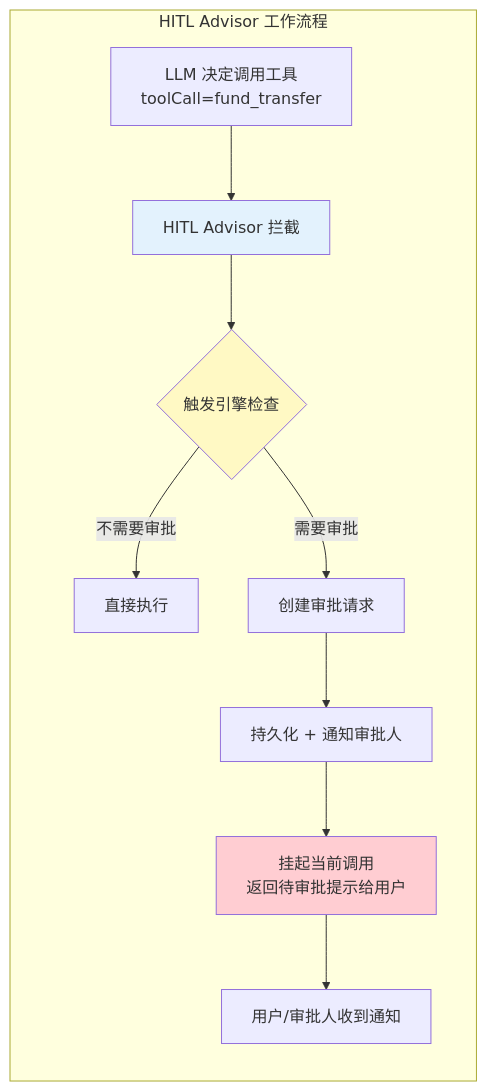
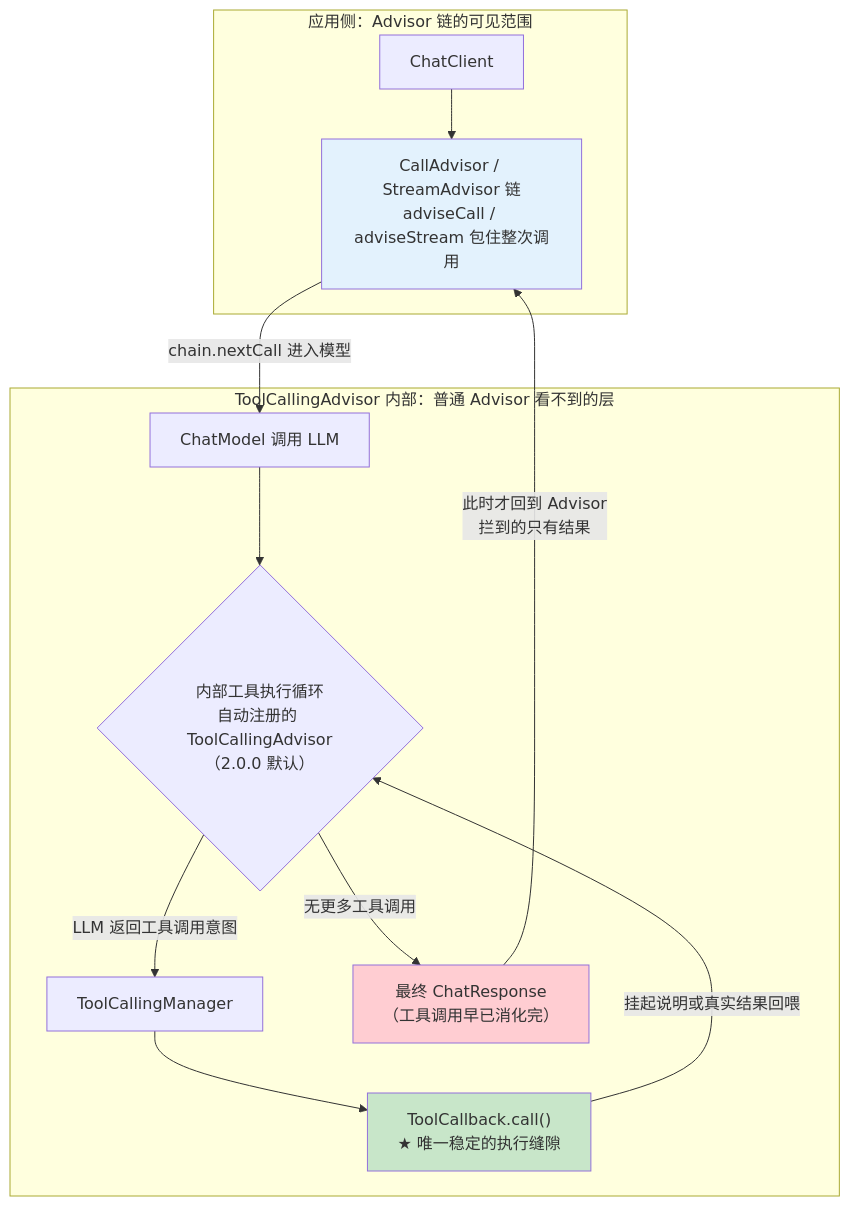
Before and after one commit to UranusGit/java-agent-learn: the third of 5 diagrams in docs/教程/28-Human-in-the-Loop与审批流.md, drawn with Mermaid. The commit also changed other lines of this file and 244 other files, not shown here.

````diff
--- a/docs/教程/28-Human-in-the-Loop与审批流.md
+++ b/docs/教程/28-Human-in-the-Loop与审批流.md
@@ -282,16 +280,25 @@
 ```mermaid
-graph LR
-    subgraph Advisor流程["HITL Advisor 工作流程"]
-        R["LLM 决定调用工具<br/>toolCall=fund_transfer"] --> I["HITL Advisor 拦截"]
-        I --> E{"触发引擎检查"}
-        E -->|不需要审批| EX["直接执行"]
-        E -->|需要审批| C["创建审批请求"]
-        C --> P["持久化 + 通知审批人"]
-        P --> W["挂起当前调用<br/>返回待审批提示给用户"]
-        W --> N["用户/审批人收到通知"]
+graph TB
+    subgraph 应用侧["应用侧：Advisor 链的可见范围"]
+        CC["ChatClient"] --> ADV["CallAdvisor / StreamAdvisor 链<br/>adviseCall / adviseStream 包住整次调用"]
     end
 
-    style I fill:#e3f2fd
-    style E fill:#fff9c4
-    style W fill:#ffcdd2
+    subgraph 模型内部["ToolCallingAdvisor 内部：普通 Advisor 看不到的层"]
+        CM["ChatModel 调用 LLM"]
+        LOOP{"内部工具执行循环<br/>自动注册的 ToolCallingAdvisor（2.0.0 默认）"}
+        TCM["ToolCallingManager"]
+        CB["ToolCallback.call()<br/>★ 唯一稳定的执行缝隙"]
+        CM --> LOOP
+        LOOP -->|"LLM 返回工具调用意图"| TCM
+        TCM --> CB
+        CB -->|"挂起说明或真实结果回喂"| LOOP
+        LOOP -->|"无更多工具调用"| DONE["最终 ChatResponse<br/>（工具调用早已消化完）"]
+    end
+
+    ADV -->|"chain.nextCall 进入模型"| CM
+    DONE -->|"此时才回到 Advisor<br/>拦到的只有结果"| ADV
+
+    style ADV fill:#e3f2fd
+    style CB fill:#c8e6c9
+    style DONE fill:#ffcdd2
 ```
````
